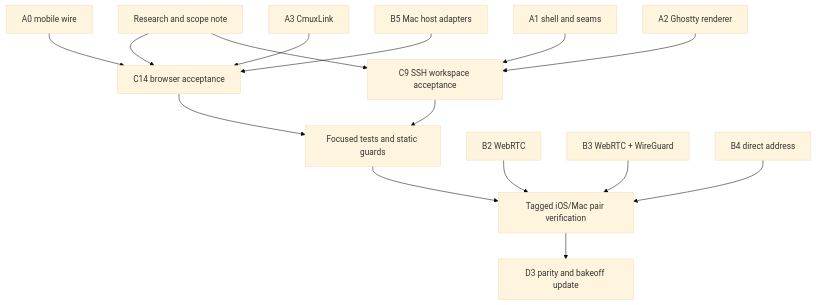
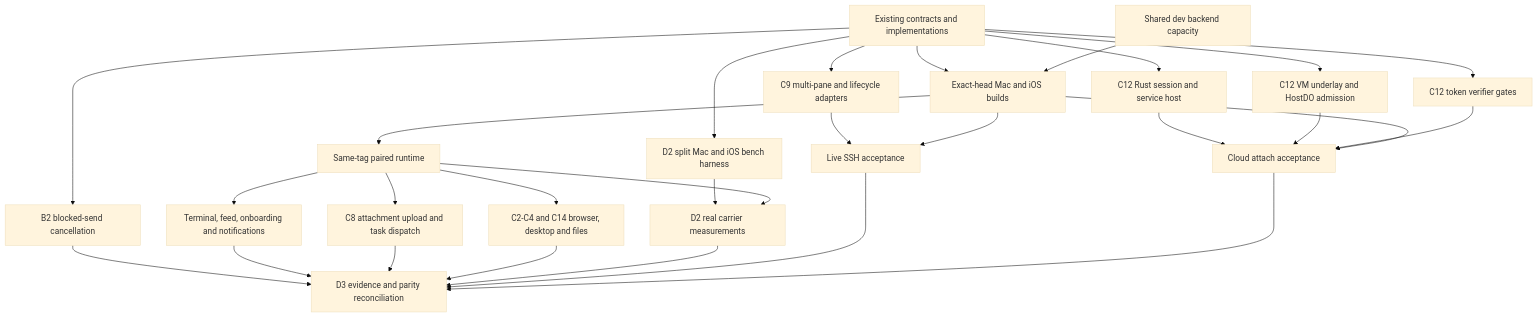
One commit to manaflow-ai/cmux changed the diagram in plans/cmux-next/ios-next/EXECUTION-2026-10-07.md. Above: the diagram before and after it, drawn with Mermaid (base theme). The commit also changed other lines of this file and 4 other files, not shown here.

````diff
--- a/plans/cmux-next/ios-next/EXECUTION-2026-10-07.md
+++ b/plans/cmux-next/ios-next/EXECUTION-2026-10-07.md
@@ -163,17 +170,30 @@
 ```mermaid
 graph TD
-  R[Research and scope note] --> C14[C14 browser acceptance]
-  R --> C9[C9 SSH workspace acceptance]
-  A0[A0 mobile wire] --> C14
-  A3[A3 CmuxLink] --> C14
-  B5[B5 Mac host adapters] --> C14
-  A1[A1 shell and seams] --> C9
-  A2[A2 Ghostty renderer] --> C9
-  C14 --> V[Focused tests and static guards]
-  C9 --> V
-  V --> P[Tagged iOS/Mac pair verification]
-  B2[B2 WebRTC] --> P
-  B3[B3 WebRTC + WireGuard] --> P
-  B4[B4 direct address] --> P
-  P --> D3[D3 parity and bakeoff update]
+  Base[Existing contracts and implementations] --> F2[D2 split Mac and iOS bench harness]
+  Base --> F3[B2 blocked-send cancellation]
+  Base --> SSH[C9 multi-pane and lifecycle adapters]
+  Base --> VM[C12 Rust session and service host]
+  Base --> VMNet[C12 VM underlay and HostDO admission]
+  Base --> Token[C12 token verifier gates]
+  Base --> Build[Exact-head Mac and iOS builds]
+  Backend[Shared dev backend capacity] --> Build
+  Build --> Pair[Same-tag paired runtime]
+  Pair --> Core[Terminal, feed, onboarding and notifications]
+  Pair --> Attach[C8 attachment upload and task dispatch]
+  Pair --> Media[C2-C4 and C14 browser, desktop and files]
+  F2 --> Measure[D2 real carrier measurements]
+  F3 --> D3
+  Pair --> Measure
+  SSH --> SSHVerify[Live SSH acceptance]
+  Build --> SSHVerify
+  VM --> VMVerify[Cloud attach acceptance]
+  VMNet --> VMVerify
+  Token --> VMVerify
+  Build --> VMVerify
+  Core --> D3[D3 evidence and parity reconciliation]
+  Attach --> D3
+  Media --> D3
+  Measure --> D3
+  SSHVerify --> D3
+  VMVerify --> D3
 ```
````
